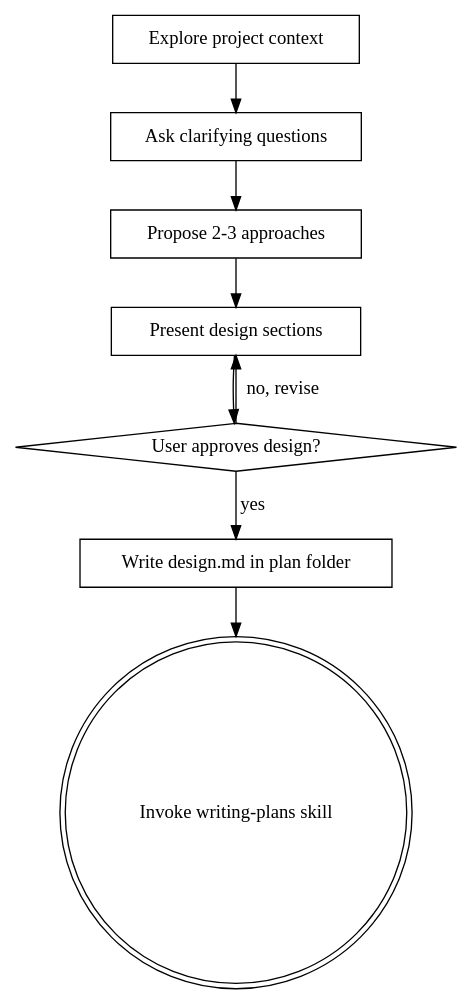
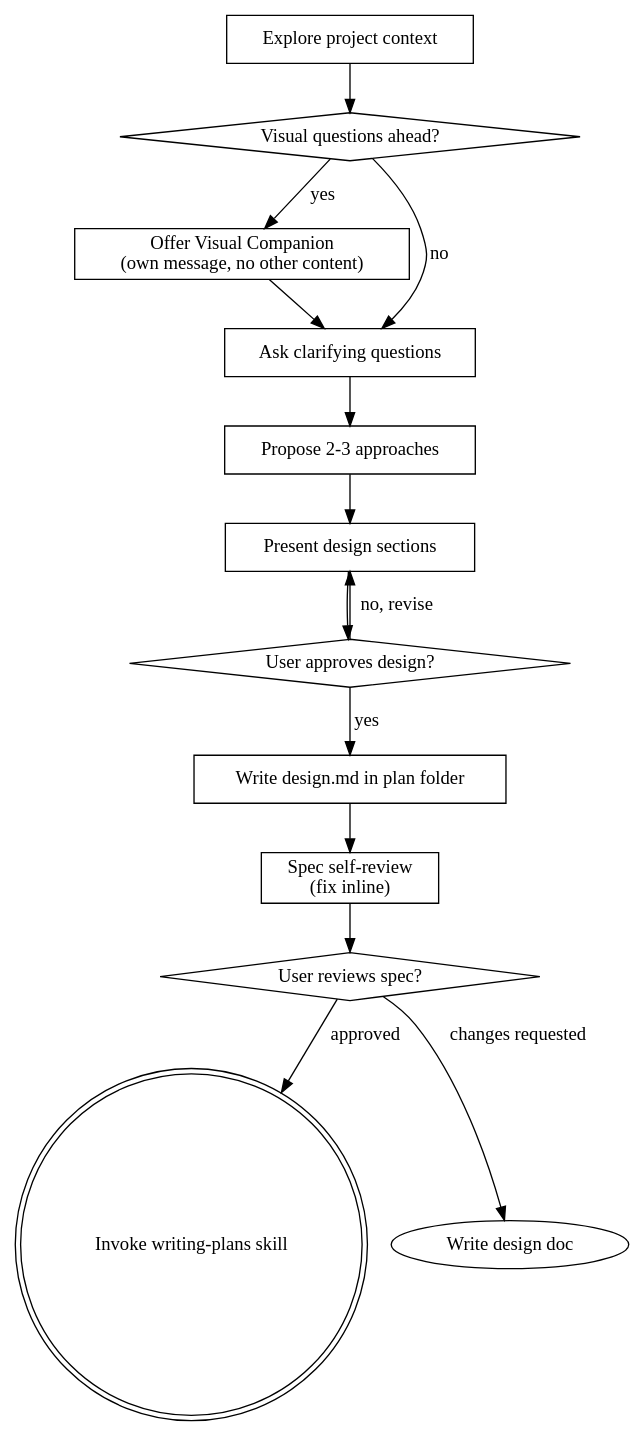
Before and after one commit to hiennguyen9874/pi-starter-kit: the diagram in .pi/skills/brainstorming/SKILL.md, drawn with Graphviz. The commit also changed other lines of this file and 16 other files, not shown here.

Commit message:
feat: introduce visual-companion server and spec-document-reviewer skill for subagent orchestration

````diff
--- a/.pi/skills/brainstorming/SKILL.md
+++ b/.pi/skills/brainstorming/SKILL.md
@@ -35,19 +36,29 @@
 ```dot
 digraph brainstorming {
     "Explore project context" [shape=box];
+    "Visual questions ahead?" [shape=diamond];
+    "Offer Visual Companion\n(own message, no other content)" [shape=box];
     "Ask clarifying questions" [shape=box];
     "Propose 2-3 approaches" [shape=box];
     "Present design sections" [shape=box];
     "User approves design?" [shape=diamond];
     "Write design.md in plan folder" [shape=box];
+    "Spec self-review\n(fix inline)" [shape=box];
+    "User reviews spec?" [shape=diamond];
     "Invoke writing-plans skill" [shape=doublecircle];
 
-    "Explore project context" -> "Ask clarifying questions";
+    "Explore project context" -> "Visual questions ahead?";
+    "Visual questions ahead?" -> "Offer Visual Companion\n(own message, no other content)" [label="yes"];
+    "Visual questions ahead?" -> "Ask clarifying questions" [label="no"];
+    "Offer Visual Companion\n(own message, no other content)" -> "Ask clarifying questions";
     "Ask clarifying questions" -> "Propose 2-3 approaches";
     "Propose 2-3 approaches" -> "Present design sections";
     "Present design sections" -> "User approves design?";
     "User approves design?" -> "Present design sections" [label="no, revise"];
     "User approves design?" -> "Write design.md in plan folder" [label="yes"];
-    "Write design.md in plan folder" -> "Invoke writing-plans skill";
+    "Write design.md in plan folder" -> "Spec self-review\n(fix inline)";
+    "Spec self-review\n(fix inline)" -> "User reviews spec?";
+    "User reviews spec?" -> "Write design doc" [label="changes requested"];
+    "User reviews spec?" -> "Invoke writing-plans skill" [label="approved"];
 }
 ```
````
